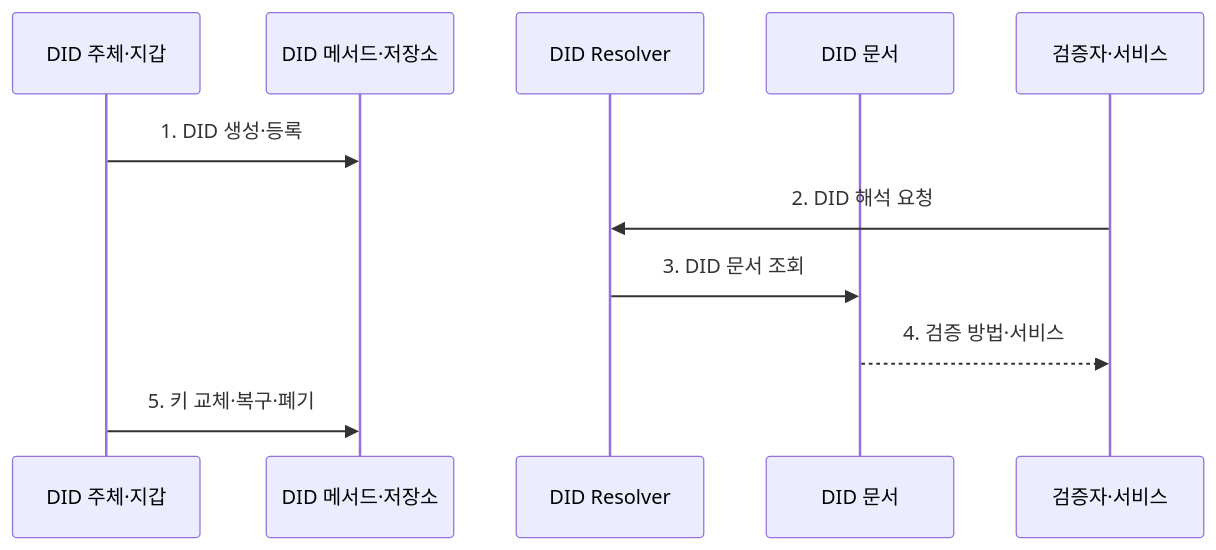
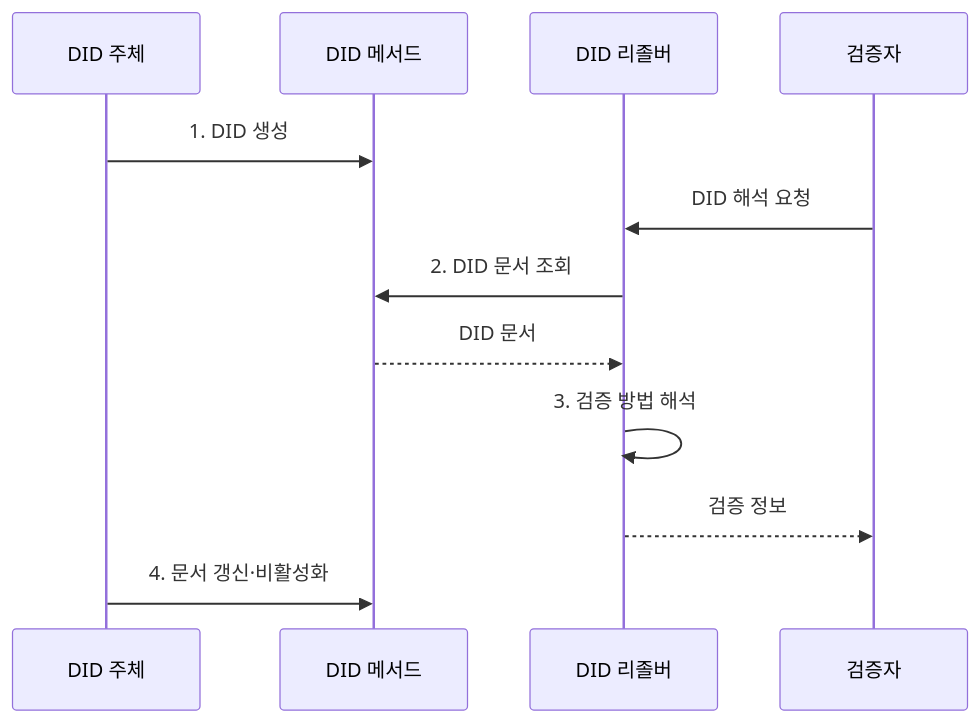
Before and after one commit to agnusdei1207/knowledge-base: the second of 2 diagrams in src/content/docs/notes/08-latest-tech/220_did_decentralized_identifier.md, drawn with Mermaid. The commit also changed other lines of this file and 225 other files, not shown here.

````diff
--- a/src/content/docs/notes/08-latest-tech/220_did_decentralized_identifier.md
+++ b/src/content/docs/notes/08-latest-tech/220_did_decentralized_identifier.md
@@ -74,13 +74,14 @@
 ```mermaid
 sequenceDiagram
-  participant S as DID 주체·지갑
-  participant M as DID 메서드·저장소
-  participant R as DID Resolver
-  participant D as DID 문서
-  participant V as 검증자·서비스
-  S->>M: 1. DID 생성·등록
-  V->>R: 2. DID 해석 요청
-  R->>D: 3. DID 문서 조회
-  D-->>V: 4. 검증 방법·서비스
-  S->>M: 5. 키 교체·복구·폐기
+  participant S as DID 주체
+  participant M as DID 메서드
+  participant R as DID 리졸버
+  participant V as 검증자
+  S->>M: 1. DID 생성
+  V->>R: DID 해석 요청
+  R->>M: 2. DID 문서 조회
+  M-->>R: DID 문서
+  R->>R: 3. 검증 방법 해석
+  R-->>V: 검증 정보
+  S->>M: 4. 문서 갱신·비활성화
 ```
````
